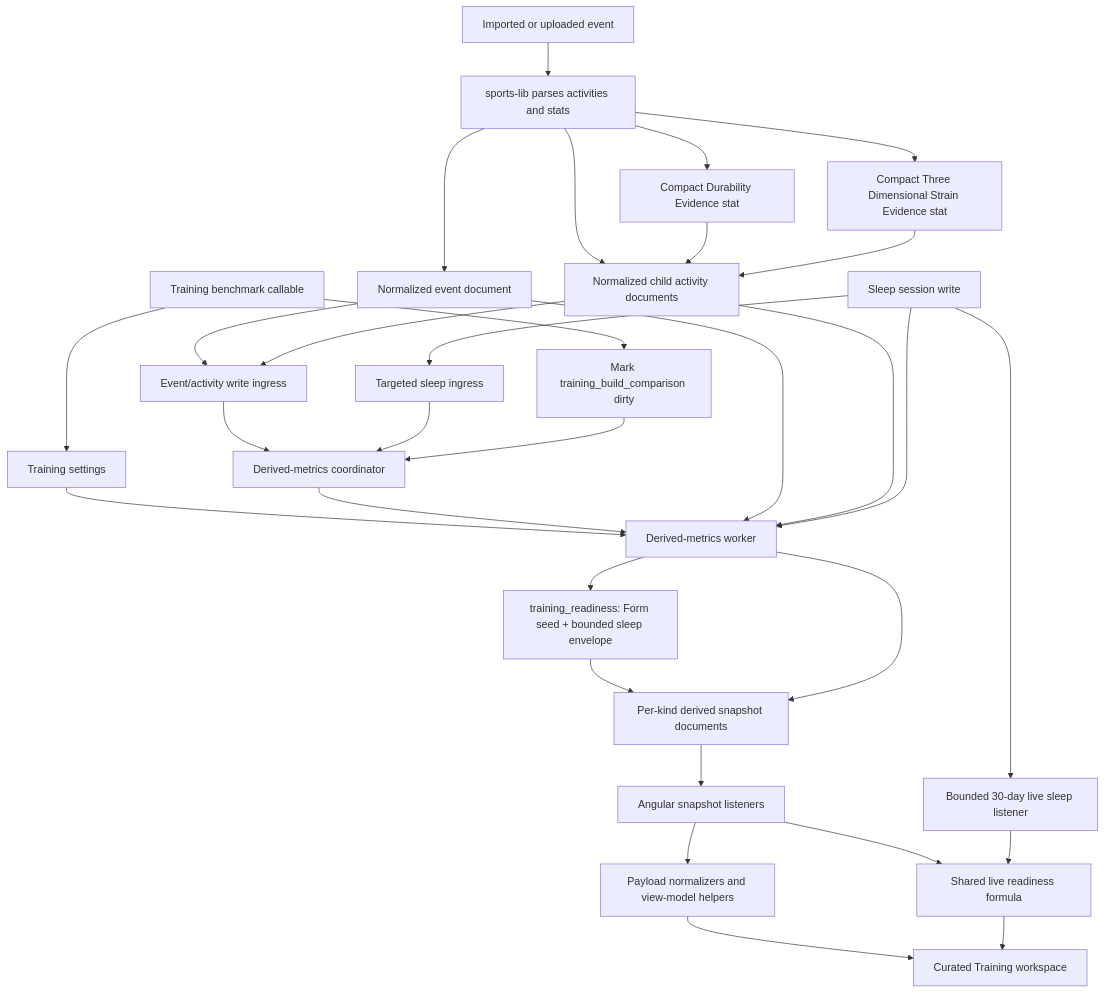
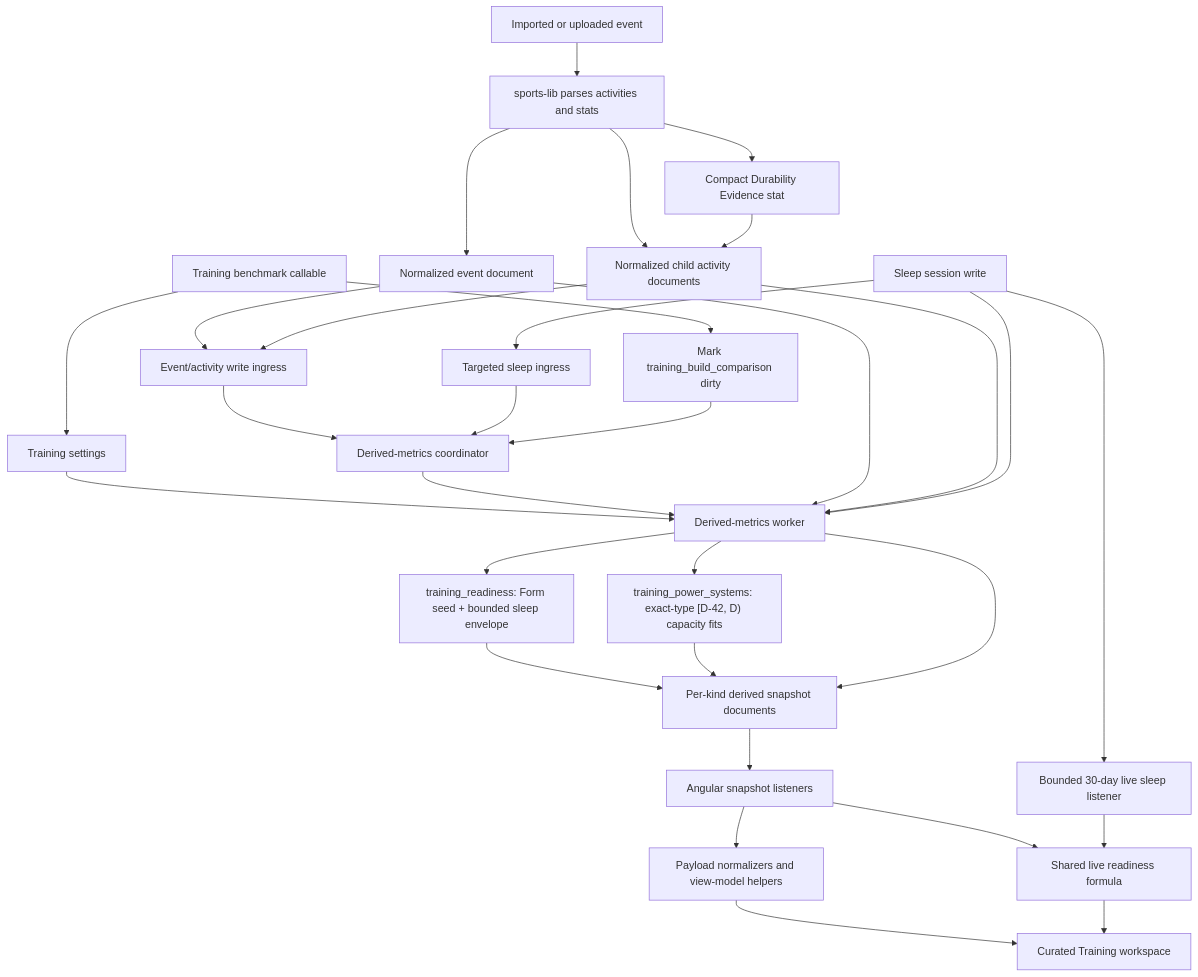
One commit to jimmykane/quantified-self changed the diagram in docs/training-workspace.md. Above: the diagram before and after it, drawn with Mermaid. The commit also changed other lines of this file and 38 other files, not shown here.

Commit message:
feat: add rolling power capacity to Training

````diff
--- a/docs/training-workspace.md
+++ b/docs/training-workspace.md
@@ -91,33 +94,33 @@
 ```mermaid
 flowchart TD
     A["Imported or uploaded event"] --> B["sports-lib parses activities and stats"]
     B --> C["Normalized event document"]
     B --> D["Normalized child activity documents"]
     B --> E["Compact Durability Evidence stat"]
     E --> D
-    B --> PS["Compact Three Dimensional Strain Evidence stat"]
-    PS --> D
     C --> F["Event/activity write ingress"]
     D --> F
     S["Sleep session write"] --> G["Targeted sleep ingress"]
     S --> P["Bounded 30-day live sleep listener"]
     U["Training benchmark callable"] --> H["Training settings"]
     U --> I["Mark training_build_comparison dirty"]
     F --> J["Derived-metrics coordinator"]
     G --> J
     I --> J
     H --> K["Derived-metrics worker"]
     J --> K
     C --> K
     D --> K
     S --> K
     K --> R["training_readiness: Form seed + bounded sleep envelope"]
     R --> L["Per-kind derived snapshot documents"]
+    K --> PS["training_power_systems: exact-type [D-42, D) capacity fits"]
+    PS --> L
     K --> L
     L --> M["Angular snapshot listeners"]
     M --> N["Payload normalizers and view-model helpers"]
     N --> O["Curated Training workspace"]
     M --> Q["Shared live readiness formula"]
     P --> Q
     Q --> O
 ```
````
